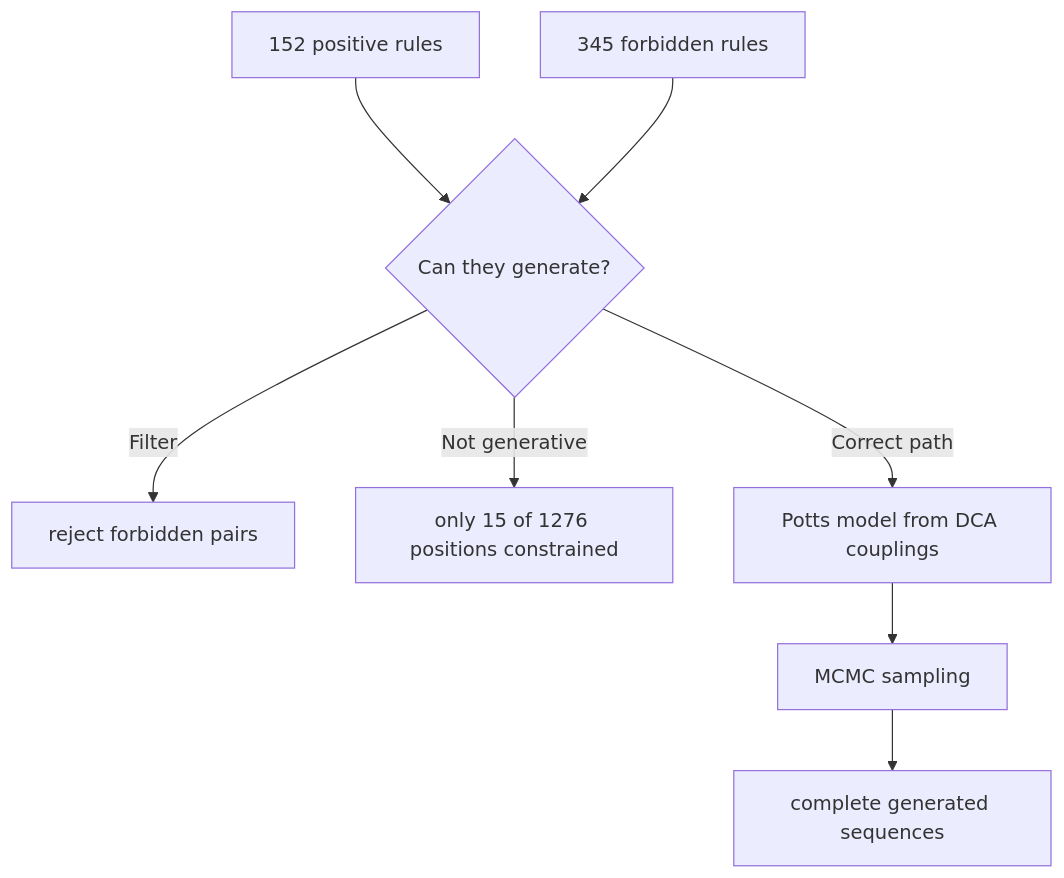
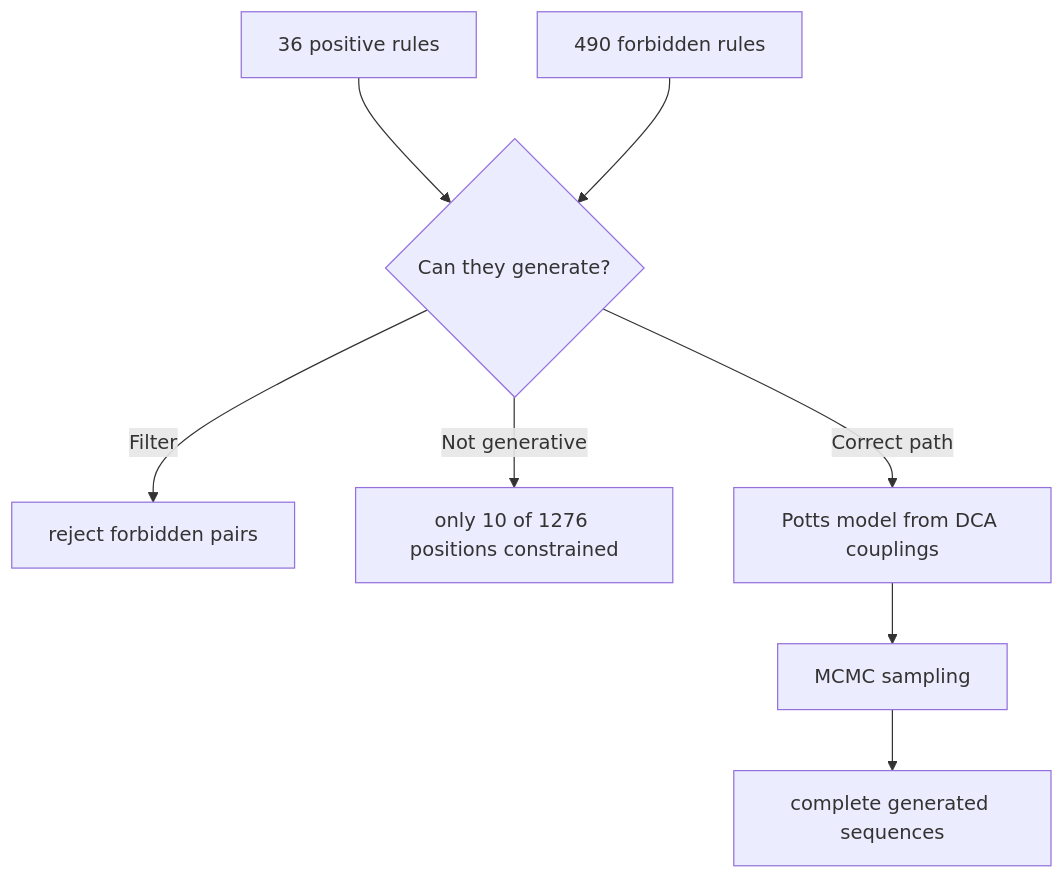
The diagram in My_Interpretation_of_the_Results/22_rules_and_sequence_generation.md (E-Motioner-X-SBS/co-evolution-analysis), drawn with Mermaid before and after one commit. The commit also changed other lines of this file and 32 other files, not shown here.

````diff
--- a/My_Interpretation_of_the_Results/22_rules_and_sequence_generation.md
+++ b/My_Interpretation_of_the_Results/22_rules_and_sequence_generation.md
@@ -117,10 +117,10 @@
 ```mermaid
 flowchart TD
-    A[152 positive rules] --> C{Can they generate?}
-    B[345 forbidden rules] --> C
+    A[36 positive rules] --> C{Can they generate?}
+    B[490 forbidden rules] --> C
     C -->|Filter| D[reject forbidden pairs]
-    C -->|Not generative| E[only 15 of 1276 positions constrained]
+    C -->|Not generative| E[only 10 of 1276 positions constrained]
     C -->|Correct path| F[Potts model from DCA couplings]
     F --> G[MCMC sampling]
     G --> H[complete generated sequences]
 ```
````
